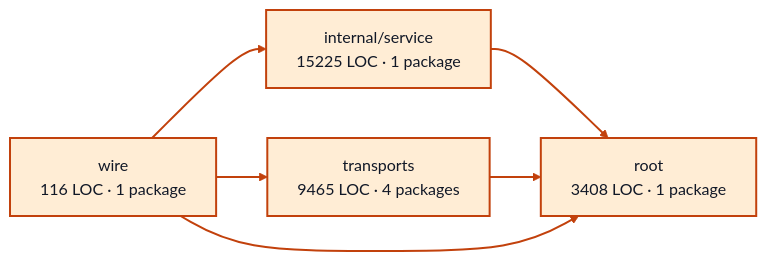
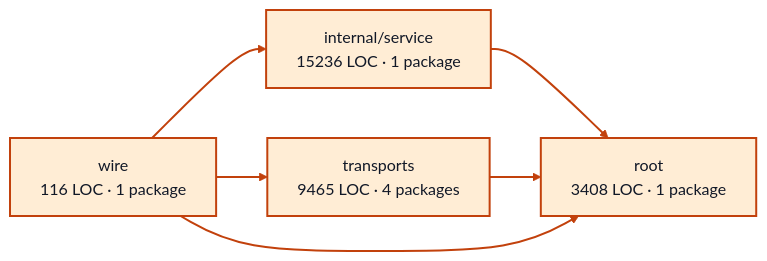
The diagram in docs/architecture/visualizations/services/worker_sessions.md (portpowered/you-agent-factory), drawn with Mermaid before and after one commit. The commit also changed other lines of this file and 21 other files, not shown here.

Commit message:
docs: refresh backend architecture visualizations

````diff
--- a/docs/architecture/visualizations/services/worker_sessions.md
+++ b/docs/architecture/visualizations/services/worker_sessions.md
@@ -11,17 +11,17 @@
 ```mermaid
 flowchart LR
-  p0["internal/service<br/>15225 LOC · 1 package"]
+  p0["internal/service<br/>15236 LOC · 1 package"]
   p1["root<br/>3408 LOC · 1 package"]
   p2["transports<br/>9465 LOC · 4 packages"]
   p3["wire<br/>116 LOC · 1 package"]
   p0 --> p1
   p2 --> p1
   p3 --> p0
   p3 --> p1
   p3 --> p2
   style p0 fill:#ffedd5,stroke:#c2410c,stroke-width:2px,color:#111827
   style p1 fill:#ffedd5,stroke:#c2410c,stroke-width:2px,color:#111827
   style p2 fill:#ffedd5,stroke:#c2410c,stroke-width:2px,color:#111827
   style p3 fill:#ffedd5,stroke:#c2410c,stroke-width:2px,color:#111827
   linkStyle default stroke:#c2410c,stroke-width:2px
 ```
````
